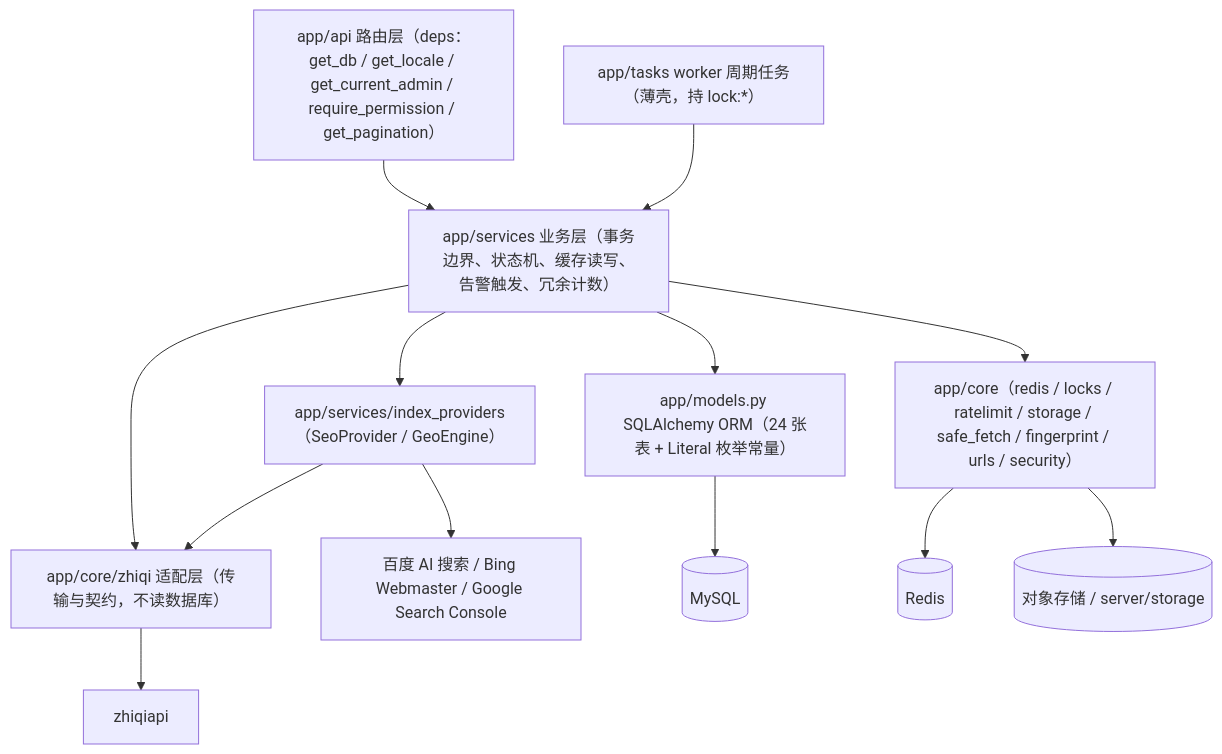
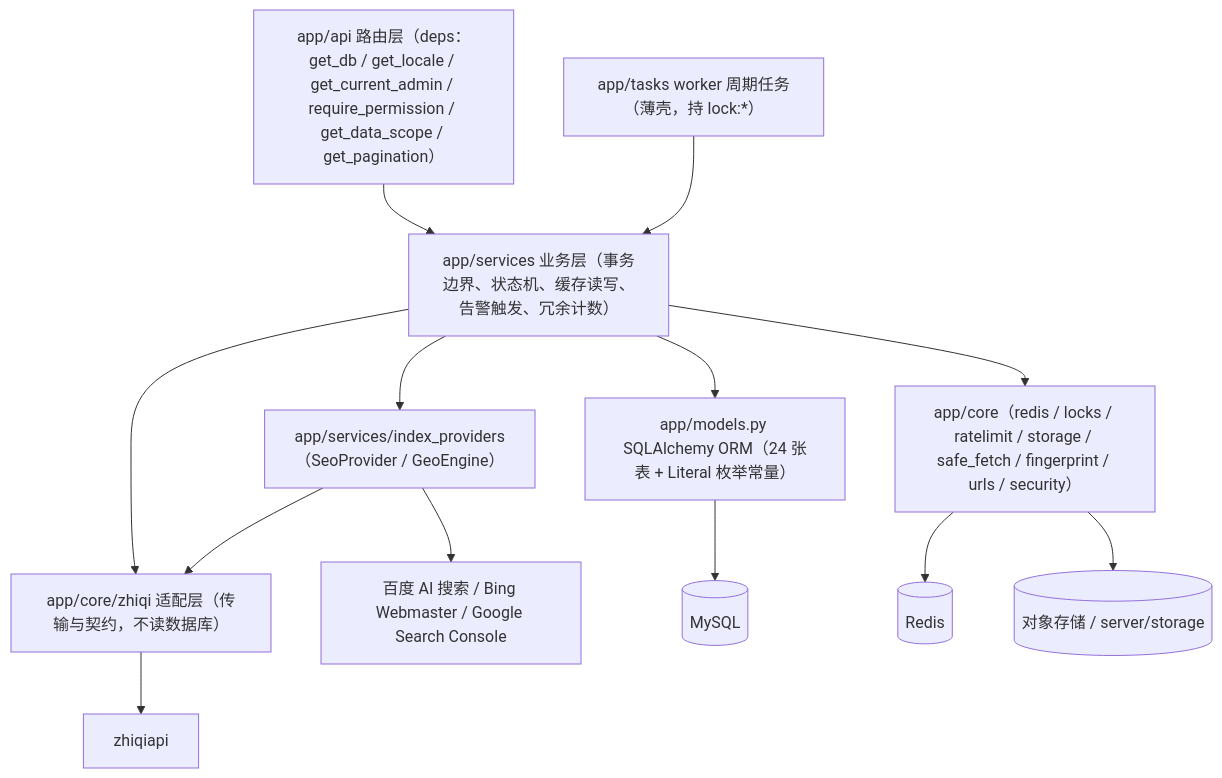
Before and after one commit to itrongsheng/aicreat: the ninth of 10 diagrams in docs/01-architecture.md, drawn with Mermaid. The commit also changed other lines of this file and 14 other files, not shown here.

````diff
--- a/docs/01-architecture.md
+++ b/docs/01-architecture.md
@@ -356,15 +357,15 @@
 ```mermaid
 flowchart TB
-    Router["app/api 路由层（deps：get_db / get_locale / get_current_admin / require_permission / get_pagination）"] --> Service["app/services 业务层（事务边界、状态机、缓存读写、告警触发、冗余计数）"]
+    Router["app/api 路由层（deps：get_db / get_locale / get_current_admin / require_permission / get_data_scope / get_pagination）"] --> Service["app/services 业务层（事务边界、状态机、缓存读写、告警触发、冗余计数）"]
     Tasks["app/tasks worker 周期任务（薄壳，持 lock:*）"] --> Service
     Service --> Models["app/models.py SQLAlchemy ORM（24 张表 + Literal 枚举常量）"]
     Service --> Providers["app/services/index_providers（SeoProvider / GeoEngine）"]
     Service --> Zhiqi["app/core/zhiqi 适配层（传输与契约，不读数据库）"]
     Providers --> Zhiqi
     Providers --> Ext["百度 AI 搜索 / Bing Webmaster / Google Search Console"]
     Service --> Core["app/core（redis / locks / ratelimit / storage / safe_fetch / fingerprint / urls / security）"]
     Models --> DB[("MySQL")]
     Core --> Redis[("Redis")]
     Core --> Storage[("对象存储 / server/storage")]
     Zhiqi --> Up["zhiqiapi"]
 ```
````
